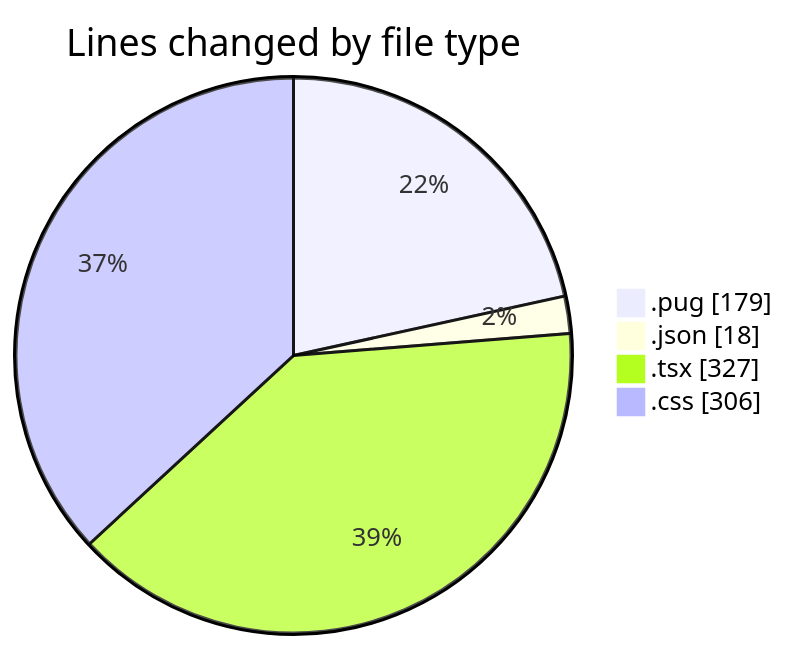
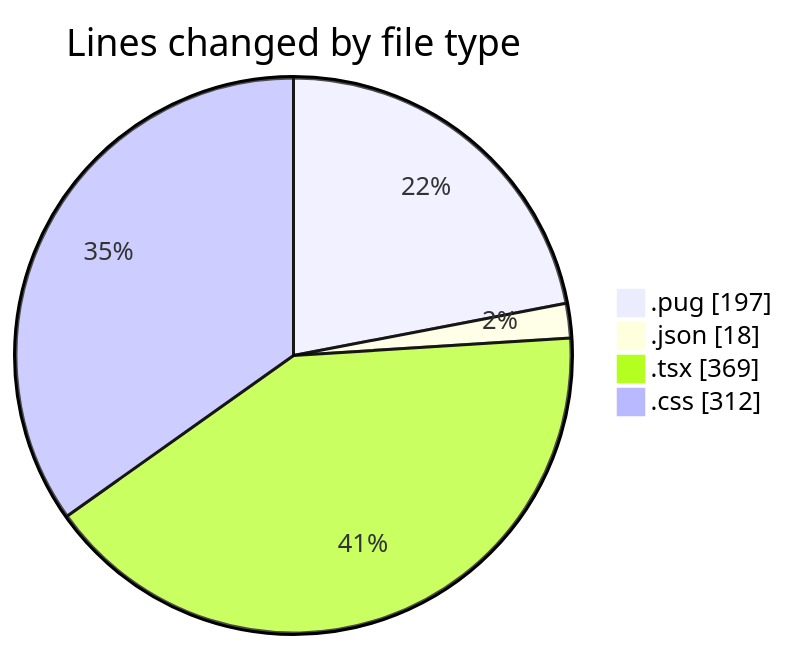
The first of 2 diagrams in 2025-11-04/cda/README.md (momahboobian/code-tracking), drawn with Mermaid before and after one commit. The commit also changed other lines of this file and 1 other file, not shown here.

````diff
--- a/2025-11-04/cda/README.md
+++ b/2025-11-04/cda/README.md
@@ -23,8 +23,8 @@
 ```mermaid
 pie showData
 title Lines changed by file type
-".pug" : 179
+".pug" : 197
 ".json" : 18
-".tsx" : 327
-".css" : 306
+".tsx" : 369
+".css" : 312
 ```
````
